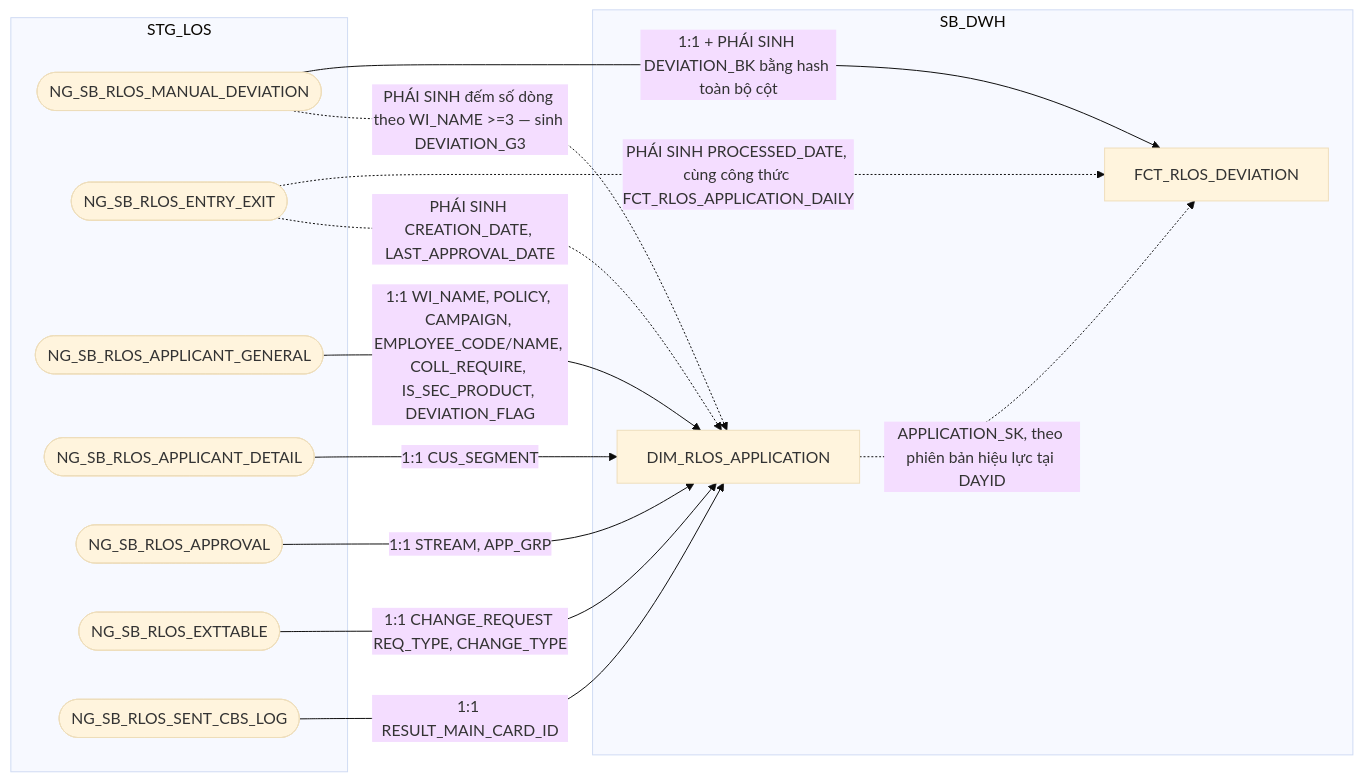
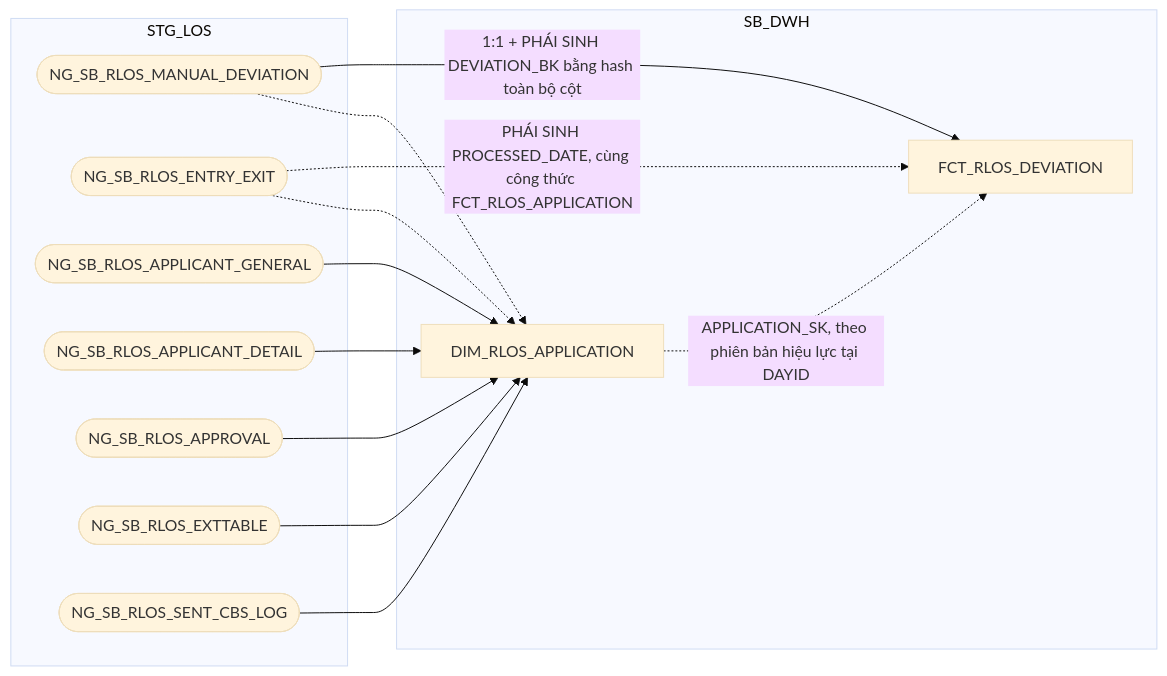
Diagram 11 of 14 in hld/hld_review/HLD_FCT_SB_DWH_review.md (chien1198/sb-mapping-gen), drawn with Mermaid (base theme) before and after one commit. The commit also changed other lines of this file and 183 other files, not shown here.

````diff
--- a/hld/hld_review/HLD_FCT_SB_DWH_review.md
+++ b/hld/hld_review/HLD_FCT_SB_DWH_review.md
@@ -1000,26 +908,26 @@
 ```mermaid
 flowchart LR
     subgraph STG_LOS
         A(["NG_SB_RLOS_MANUAL_DEVIATION"])
         E(["NG_SB_RLOS_ENTRY_EXIT"])
         P1(["NG_SB_RLOS_APPLICANT_GENERAL"])
         P2(["NG_SB_RLOS_APPLICANT_DETAIL"])
         P3(["NG_SB_RLOS_APPROVAL"])
         P4(["NG_SB_RLOS_EXTTABLE"])
         P5(["NG_SB_RLOS_SENT_CBS_LOG"])
     end
     subgraph SB_DWH
         D["DIM_RLOS_APPLICATION"]
         C["FCT_RLOS_DEVIATION"]
     end
     A -->|1:1 + PHÁI SINH DEVIATION_BK bằng hash toàn bộ cột| C
     D -.->|APPLICATION_SK, theo phiên bản hiệu lực tại DAYID| C
-    E -.->|PHÁI SINH PROCESSED_DATE, cùng công thức FCT_RLOS_APPLICATION_DAILY| C
-    P1 -->|1:1 WI_NAME, POLICY, CAMPAIGN, EMPLOYEE_CODE/NAME, COLL_REQUIRE, IS_SEC_PRODUCT, DEVIATION_FLAG| D
-    P2 -->|1:1 CUS_SEGMENT| D
-    P3 -->|1:1 STREAM, APP_GRP| D
-    P4 -->|1:1 CHANGE_REQUEST REQ_TYPE, CHANGE_TYPE| D
-    P5 -->|1:1 RESULT_MAIN_CARD_ID| D
-    E -.->|PHÁI SINH CREATION_DATE, LAST_APPROVAL_DATE| D
-    A -.->|"PHÁI SINH đếm số dòng theo WI_NAME >=3 — sinh DEVIATION_G3"| D
+    E -.->|PHÁI SINH PROCESSED_DATE, cùng công thức FCT_RLOS_APPLICATION| C
+    P1 --> D
+    P2 --> D
+    P3 --> D
+    P4 --> D
+    P5 --> D
+    E -.-> D
+    A -.-> D
 ```
````
